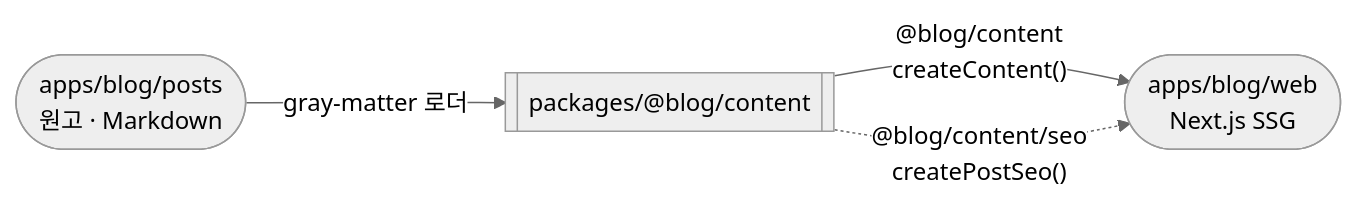
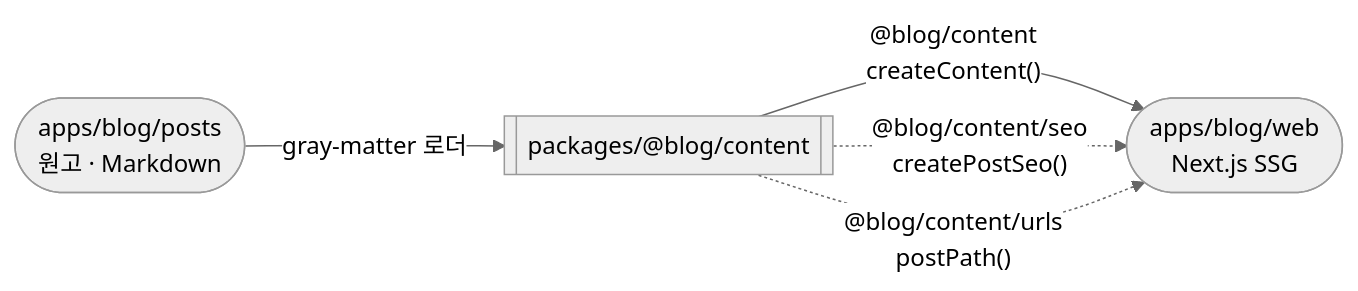
One commit to Han5991/fe-lab changed the first of 4 diagrams in packages/@blog/content/README.md. Above: the diagram before and after it, drawn with Mermaid (neutral theme). The commit also changed other lines of this file and 5 other files, not shown here.

First line of the commit message:
feat(blog-content): URL 계약에 클라이언트용 문을 낸다

````diff
--- a/packages/@blog/content/README.md
+++ b/packages/@blog/content/README.md
@@ -23,9 +34,10 @@
 ```mermaid
 flowchart LR
   posts(["apps/blog/posts<br/>원고 · Markdown"])
   pkg[["packages/@blog/content"]]
   app(["apps/blog/web<br/>Next.js SSG"])
   posts -->|"gray-matter 로더"| pkg
   pkg -->|"@blog/content<br/>createContent()"| app
   pkg -.->|"@blog/content/seo<br/>createPostSeo()"| app
+  pkg -.->|"@blog/content/urls<br/>postPath()"| app
 ```
````
